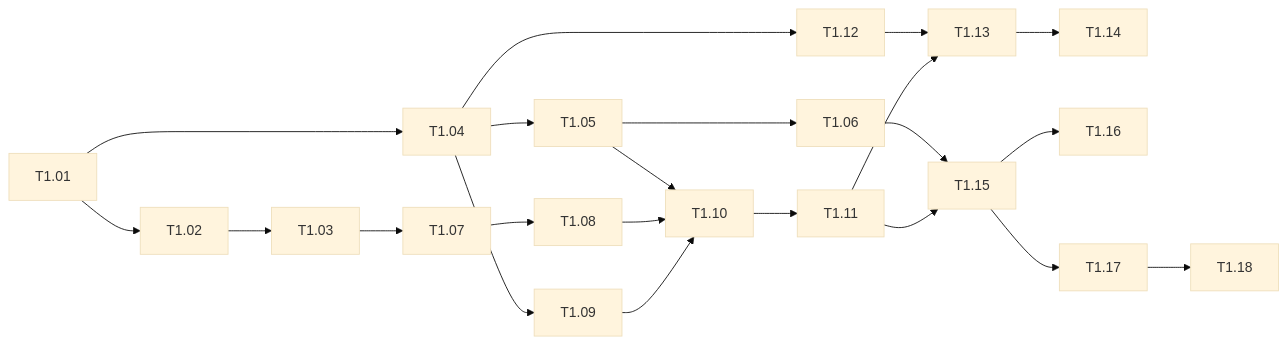
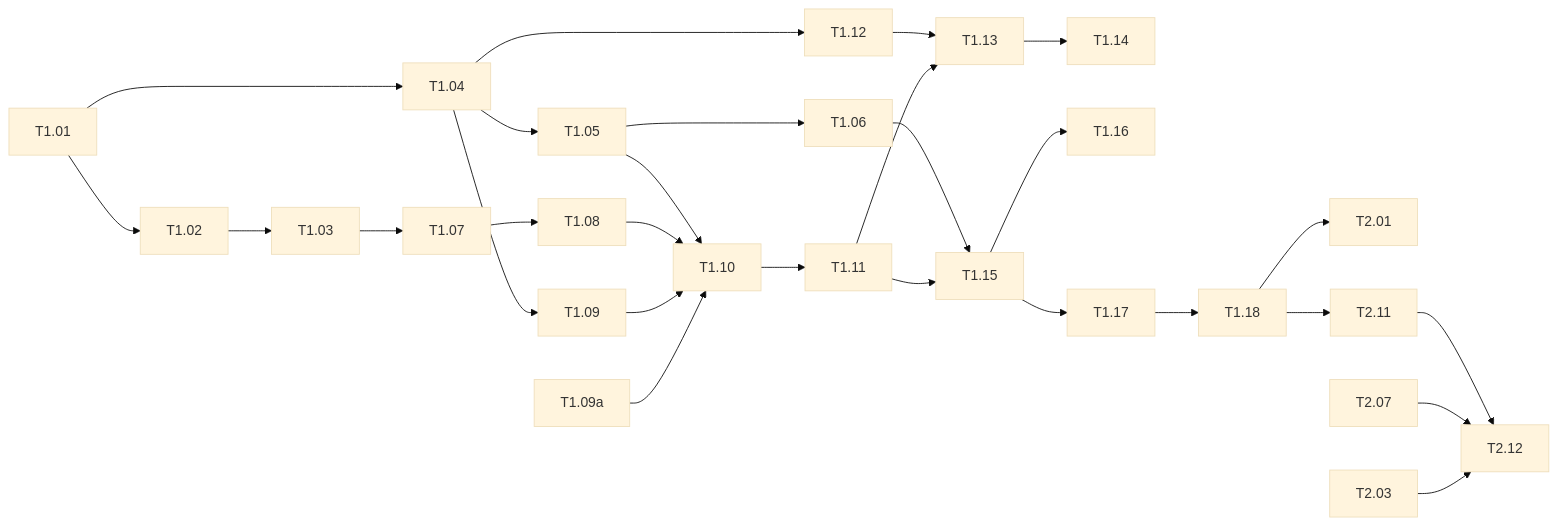
Before and after one commit to z27833009/switchboard: the diagram in docs/spec/tasks.md, drawn with Mermaid (base theme). The commit also changed other lines of this file and 17 other files, not shown here.

````diff
--- a/docs/spec/tasks.md
+++ b/docs/spec/tasks.md
@@ -87,17 +98,22 @@
 ```mermaid
 flowchart LR
   T1.01 --> T1.02 --> T1.03
   T1.01 --> T1.04
   T1.04 --> T1.05 --> T1.06
   T1.03 --> T1.07 --> T1.08
   T1.04 --> T1.09
   T1.05 --> T1.10
   T1.08 --> T1.10
   T1.09 --> T1.10
+  T1.09a --> T1.10
   T1.10 --> T1.11
   T1.04 --> T1.12 --> T1.13 --> T1.14
   T1.11 --> T1.13
   T1.06 --> T1.15 --> T1.16
   T1.11 --> T1.15
   T1.15 --> T1.17 --> T1.18
+  T1.18 --> T2.01
+  T1.18 --> T2.11 --> T2.12
+  T2.07 --> T2.12
+  T2.03 --> T2.12
 ```
````
